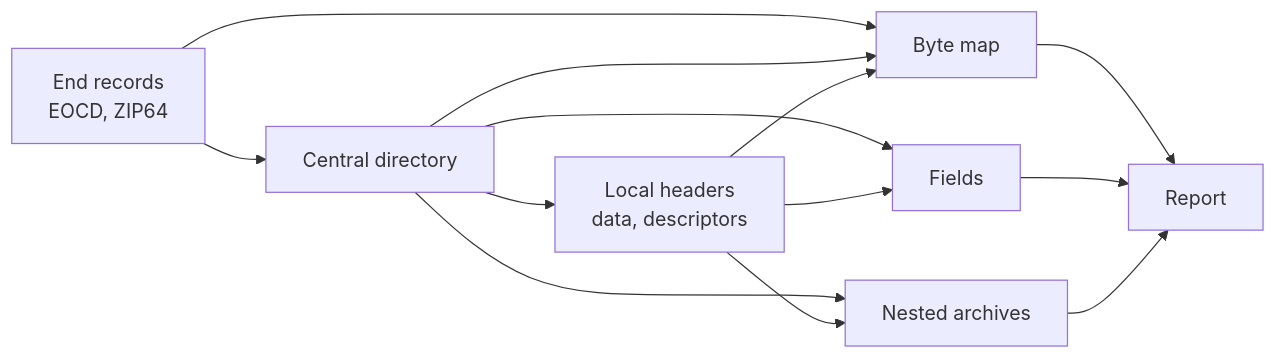
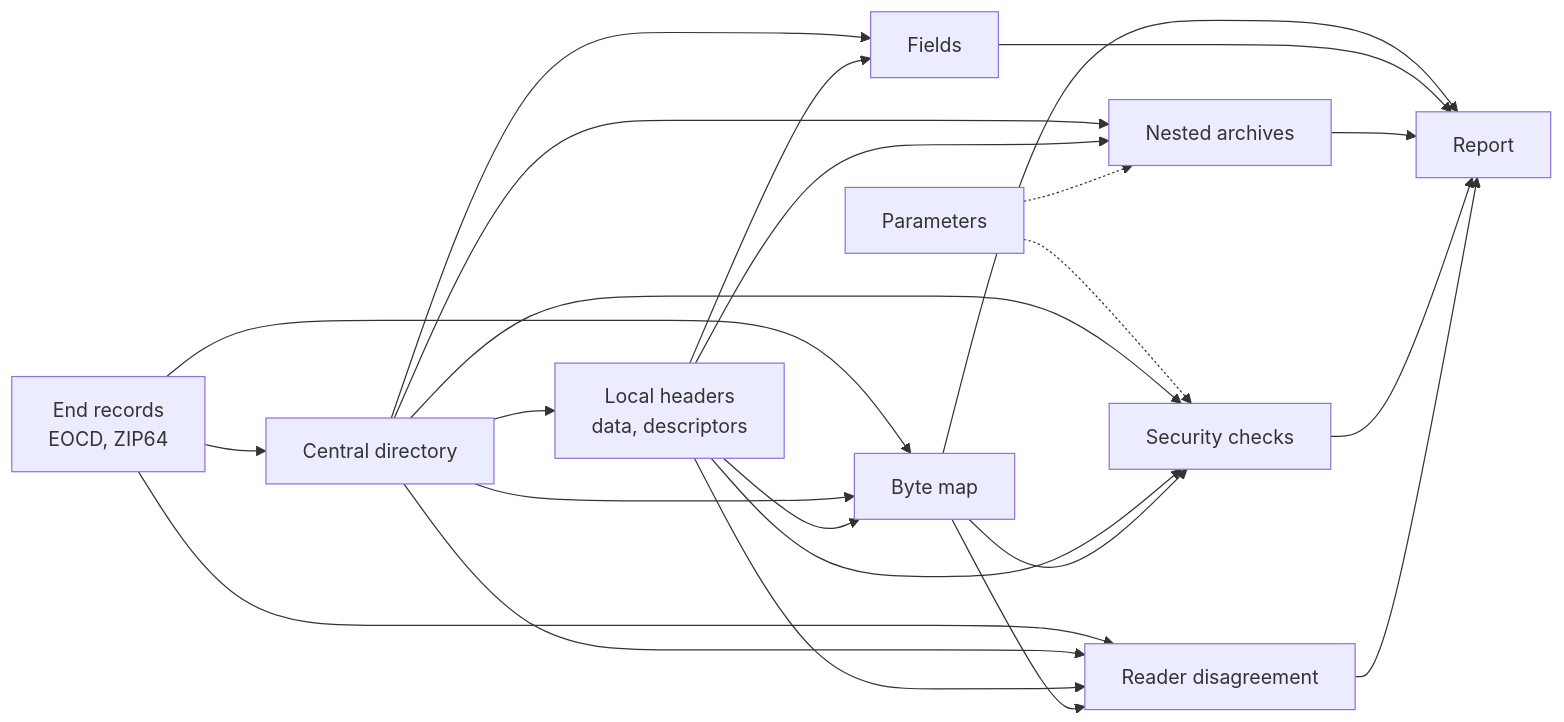
One commit to photom/benchside changed the diagram in docs/reference/zip/README.md. Above: the diagram before and after it, drawn with Mermaid. The commit also changed other lines of this file and 45 other files, not shown here.

Commit message:
Add ZIP security checks, reader disagreement, and parameters (#5)

````diff
--- a/docs/reference/zip/README.md
+++ b/docs/reference/zip/README.md
@@ -11,9 +11,12 @@
 ```mermaid
 flowchart LR
   end_["End records<br/>EOCD, ZIP64"] --> cd[Central directory]
   cd --> local[Local headers<br/>data, descriptors]
   end_ & cd & local --> map[Byte map]
   cd & local --> fields[Fields]
   cd & local --> nested[Nested archives]
-  map & fields & nested --> report[Report]
+  params[Parameters] -.-> nested & sec
+  cd & local & map --> sec[Security checks]
+  end_ & cd & local & map --> rd[Reader disagreement]
+  map & fields & nested & sec & rd --> report[Report]
 ```
````
